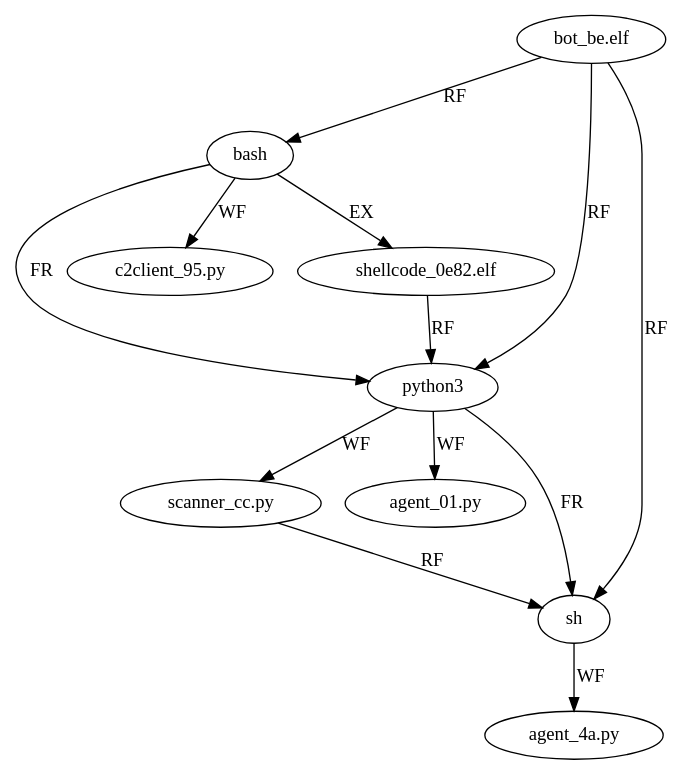
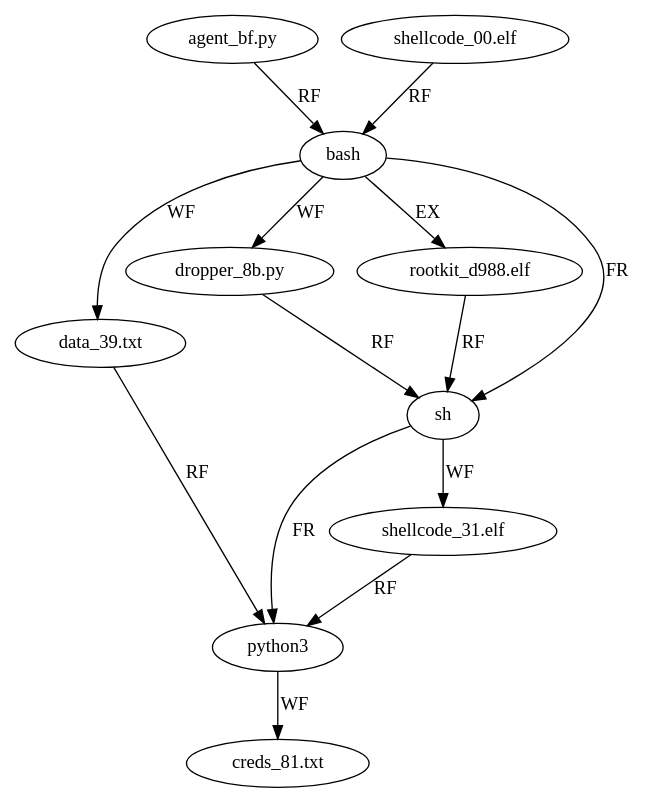
One commit to gianghitran/MARL-VariantHunter-Architecture changed the diagram in Attack_Agent/result_handoff/APT33/clusters/cluster_00_T1588.002.dot. Above: the diagram before and after it, drawn with Graphviz. The commit also changed 3528 other files, not shown here.

```diff
--- a/Attack_Agent/result_handoff/APT33/clusters/cluster_00_T1588.002.dot
+++ b/Attack_Agent/result_handoff/APT33/clusters/cluster_00_T1588.002.dot
@@ -1,23 +1,25 @@
 digraph {
   p0_s0 [label="bash" type=process stage="T1588.002"]
-  fin0_s0 [label="bot_be.elf" type=file stage="T1588.002"]
-  p1_s0 [label="python3" type=process stage="T1588.002"]
-  f0_0_s0 [label="scanner_cc.py" type=file stage="T1588.002"]
-  f0_1_s0 [label="agent_01.py" type=file stage="T1588.002"]
-  p2_s0 [label="sh" type=process stage="T1588.002"]
-  f1_0_s0 [label="agent_4a.py" type=file stage="T1588.002"]
-  fh0_s0 [label="c2client_95.py" type=file stage="T1588.002"]
-  exec_s0 [label="shellcode_0e82.elf" type=file stage="T1588.002"]
+  fin0_s0 [label="agent_bf.py" type=file stage="T1588.002"]
+  fin1_s0 [label="shellcode_00.elf" type=file stage="T1588.002"]
+  p1_s0 [label="sh" type=process stage="T1588.002"]
+  f0_0_s0 [label="shellcode_31.elf" type=file stage="T1588.002"]
+  p2_s0 [label="python3" type=process stage="T1588.002"]
+  f1_0_s0 [label="creds_81.txt" type=file stage="T1588.002"]
+  fh0_s0 [label="data_39.txt" type=file stage="T1588.002"]
+  fh1_s0 [label="dropper_8b.py" type=file stage="T1588.002"]
+  exec_s0 [label="rootkit_d988.elf" type=file stage="T1588.002"]
   fin0_s0 -> p0_s0 [label="RF"]
+  fin1_s0 -> p0_s0 [label="RF"]
   p0_s0 -> p1_s0 [label="FR"]
   p1_s0 -> f0_0_s0 [label="WF"]
-  p1_s0 -> f0_1_s0 [label="WF"]
-  fin0_s0 -> p1_s0 [label="RF"]
   p1_s0 -> p2_s0 [label="FR"]
   p2_s0 -> f1_0_s0 [label="WF"]
-  fin0_s0 -> p2_s0 [label="RF"]
   f0_0_s0 -> p2_s0 [label="RF"]
   p0_s0 -> fh0_s0 [label="WF"]
+  p0_s0 -> fh1_s0 [label="WF"]
   p0_s0 -> exec_s0 [label="EX"]
+  fh1_s0 -> p1_s0 [label="RF"]
   exec_s0 -> p1_s0 [label="RF"]
+  fh0_s0 -> p2_s0 [label="RF"]
 }
```
